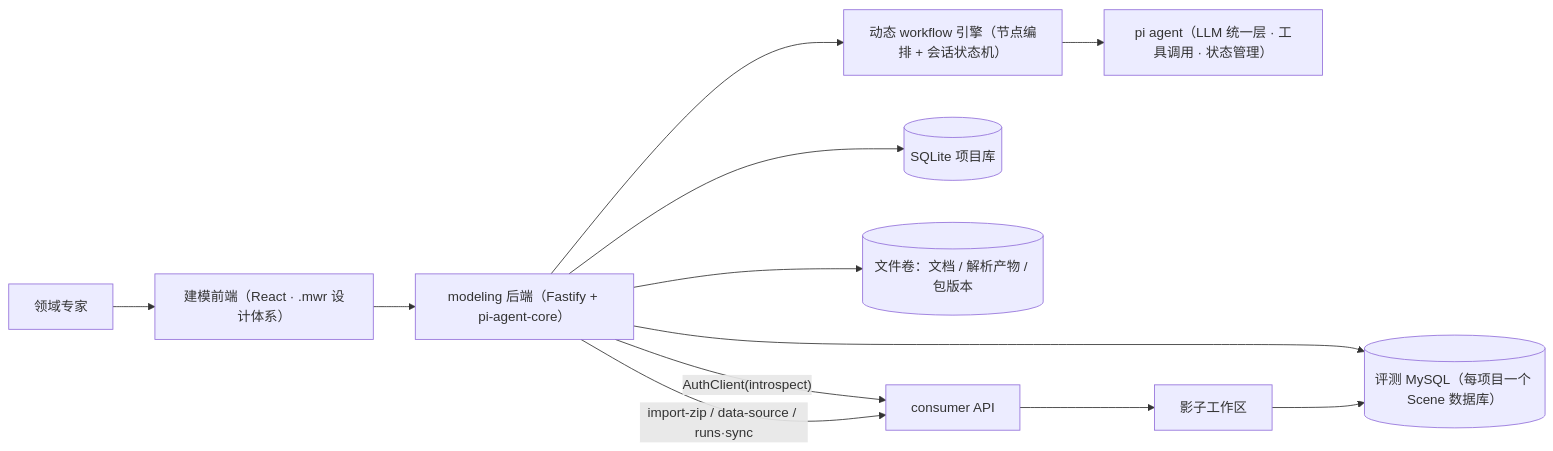
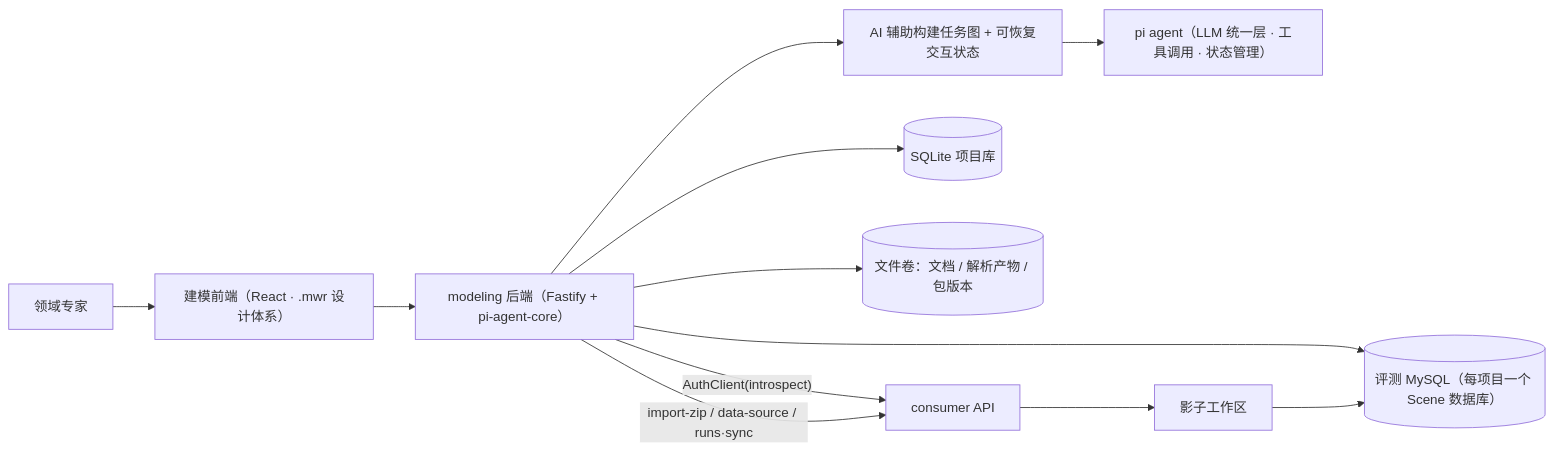
One commit to WangHaowen99/knowledge-scaffold changed the diagram in modeling/docs/design.md. Above: the diagram before and after it, drawn with Mermaid. The commit also changed other lines of this file and 210 other files, not shown here.

````diff
--- a/modeling/docs/design.md
+++ b/modeling/docs/design.md
@@ -28,14 +28,14 @@
 ```mermaid
 flowchart LR
   Expert["领域专家"] --> FE["建模前端（React · .mwr 设计体系）"]
   FE --> BE["modeling 后端（Fastify + pi-agent-core）"]
-  BE --> WF["动态 workflow 引擎（节点编排 + 会话状态机）"]
+  BE --> WF["AI 辅助构建任务图 + 可恢复交互状态"]
   WF --> PI["pi agent（LLM 统一层 · 工具调用 · 状态管理）"]
   BE --> DB[("SQLite 项目库")]
   BE --> FS[("文件卷：文档 / 解析产物 / 包版本")]
   BE --> EVALDB[("评测 MySQL（每项目一个 Scene 数据库）")]
   BE -- "AuthClient(introspect)" --> Consumer["consumer API"]
   BE -- "import-zip / data-source / runs·sync" --> Consumer
   Consumer --> Shadow["影子工作区"]
   Shadow --> EVALDB
 ```
````
